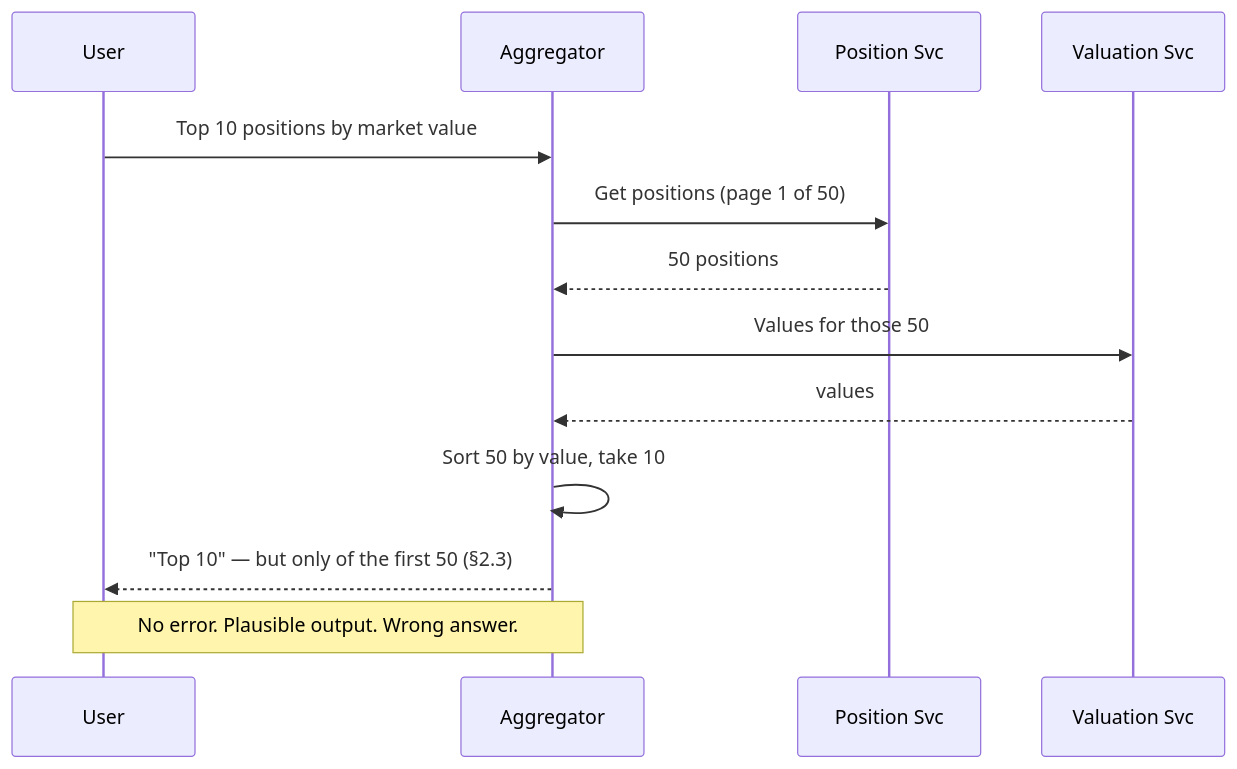
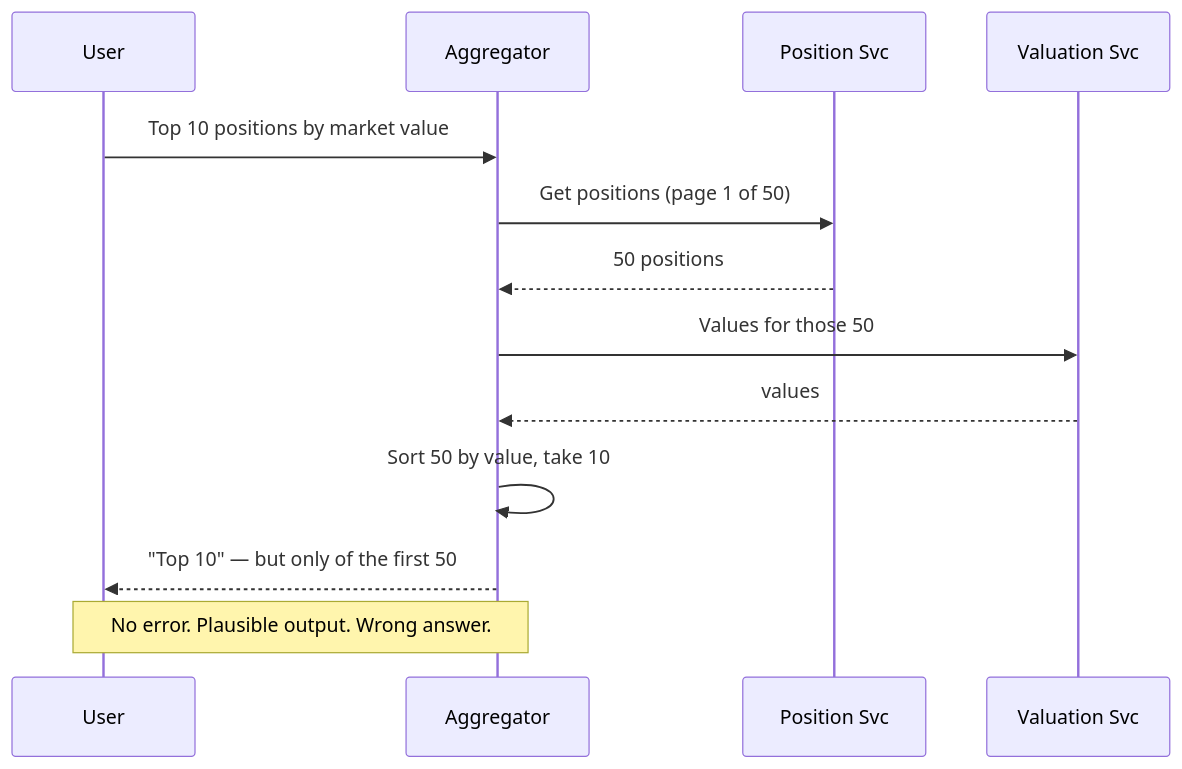
Before and after one commit to umashankarp/InterviewQuestions: the third of 4 diagrams in 17-Microservices/04-Data-Consistency-Query-Patterns-Across-Service-Boundaries.md, drawn with Mermaid. The commit also changed other lines of this file and 173 other files, not shown here.

````diff
--- a/17-Microservices/04-Data-Consistency-Query-Patterns-Across-Service-Boundaries.md
+++ b/17-Microservices/04-Data-Consistency-Query-Patterns-Across-Service-Boundaries.md
@@ -94,16 +94,16 @@
 ```mermaid
 sequenceDiagram
-    participant U as User
-    participant A as Aggregator
-    participant P as Position Svc
-    participant V as Valuation Svc
+ participant U as User
+ participant A as Aggregator
+ participant P as Position Svc
+ participant V as Valuation Svc
 
-    U->>A: Top 10 positions by market value
-    A->>P: Get positions (page 1 of 50)
-    P-->>A: 50 positions
-    A->>V: Values for those 50
-    V-->>A: values
-    A->>A: Sort 50 by value, take 10
-    A-->>U: "Top 10" — but only of the first 50 (§2.3)
-    Note over A,U: No error. Plausible output. Wrong answer.
+ U->>A: Top 10 positions by market value
+ A->>P: Get positions (page 1 of 50)
+ P-->>A: 50 positions
+ A->>V: Values for those 50
+ V-->>A: values
+ A->>A: Sort 50 by value, take 10
+ A-->>U: "Top 10" — but only of the first 50
+ Note over A,U: No error. Plausible output. Wrong answer.
 ```
````
